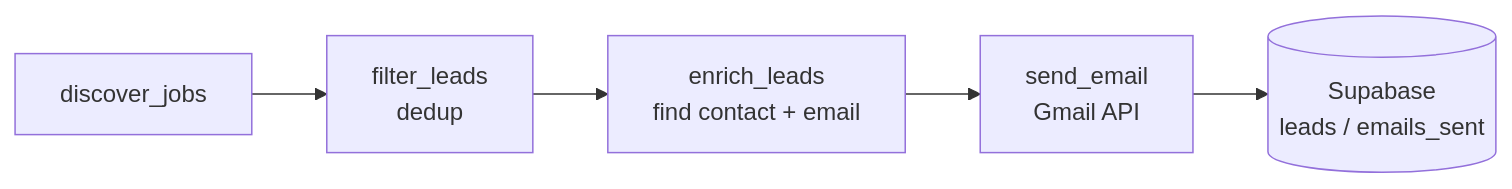
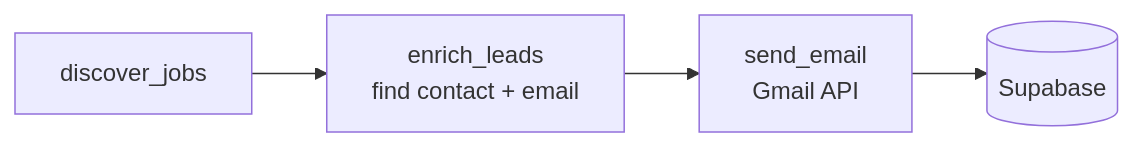
The first of 4 diagrams in outreach-agent/DEVELOPMENT_JOURNEY.md (adityasharmadotai-hash/networking-app), drawn with Mermaid before and after one commit. The commit also changed other lines of this file, not shown here.

````diff
--- a/outreach-agent/DEVELOPMENT_JOURNEY.md
+++ b/outreach-agent/DEVELOPMENT_JOURNEY.md
@@ -54,7 +60,6 @@
 ```mermaid
 flowchart LR
-    A[discover_jobs] --> B[filter_leads<br/>dedup]
-    B --> C[enrich_leads<br/>find contact + email]
-    C --> D[send_email<br/>Gmail API]
-    D --> E[(Supabase<br/>leads / emails_sent)]
+    A[discover_jobs] --> B[enrich_leads<br/>find contact + email]
+    B --> C[send_email<br/>Gmail API]
+    C --> D[(Supabase)]
 ```
````
